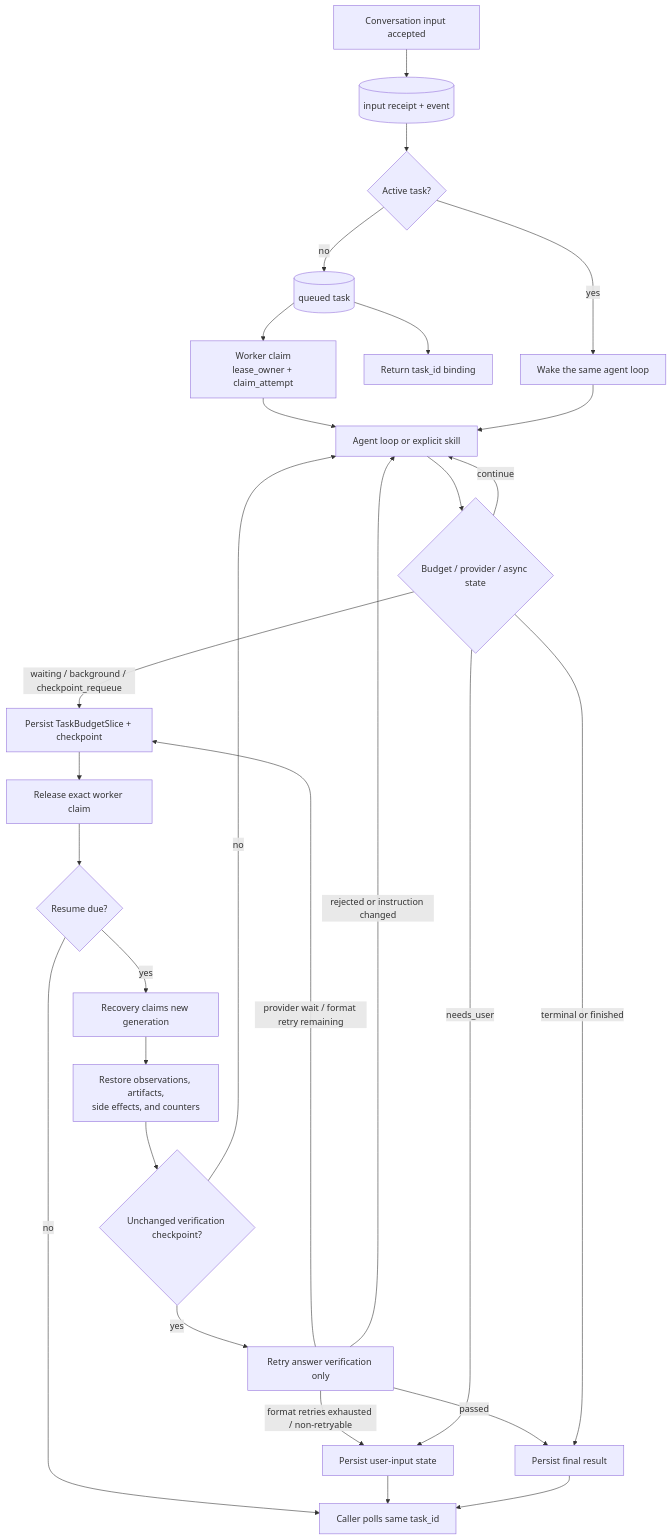
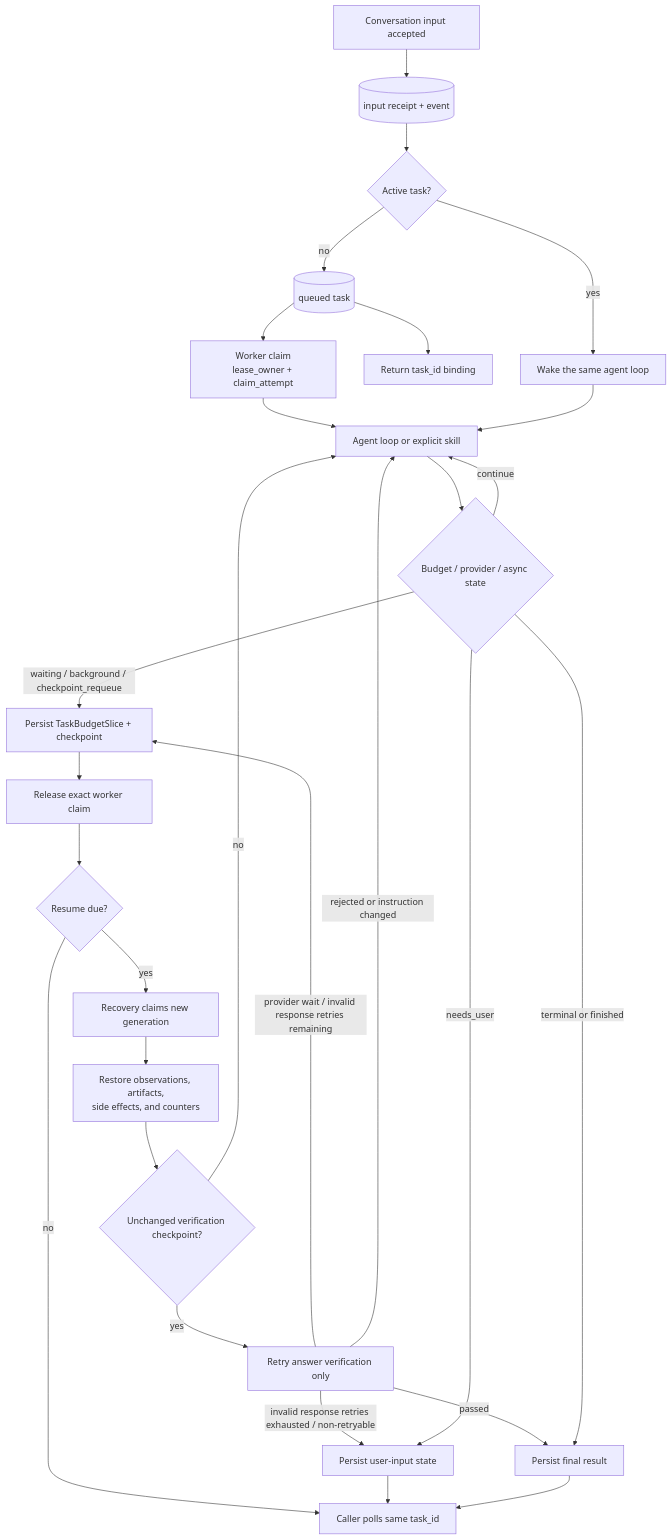
One commit to MatrixCoreX/RustClaw changed the second of 5 diagrams in docs/architecture/03-task-state-context.md. Above: the diagram before and after it, drawn with Mermaid. The commit also changed other lines of this file and 4 other files, not shown here.

````diff
--- a/docs/architecture/03-task-state-context.md
+++ b/docs/architecture/03-task-state-context.md
@@ -128,30 +155,30 @@
 ```mermaid
 flowchart TD
     A[Conversation input accepted] --> A1[(input receipt + event)]
     A1 --> A2{Active task?}
     A2 -->|no| B[(queued task)]
     A2 -->|yes| A3[Wake the same agent loop]
     B --> C[Return task_id binding]
     B --> D[Worker claim<br/>lease_owner + claim_attempt]
     D --> E[Agent loop or explicit skill]
     A3 --> E
     E --> F{Budget / provider / async state}
     F -->|continue| E
     F -->|waiting / background / checkpoint_requeue| G[Persist TaskBudgetSlice + checkpoint]
     G --> H[Release exact worker claim]
     H --> I{Resume due?}
     I -->|no| J[Caller polls same task_id]
     I -->|yes| K[Recovery claims new generation]
     K --> L[Restore observations, artifacts,<br/>side effects, and counters]
     L --> LV{Unchanged verification checkpoint?}
     LV -->|yes| VV[Retry answer verification only]
     LV -->|no| E
     VV -->|passed| M
-    VV -->|provider wait / format retry remaining| G
-    VV -->|format retries exhausted / non-retryable| N
+    VV -->|provider wait / invalid response retries remaining| G
+    VV -->|invalid response retries exhausted / non-retryable| N
     VV -->|rejected or instruction changed| E
     F -->|needs_user| N[Persist user-input state]
     N --> J
     F -->|terminal or finished| M[Persist final result]
     M --> J
 ```
````
